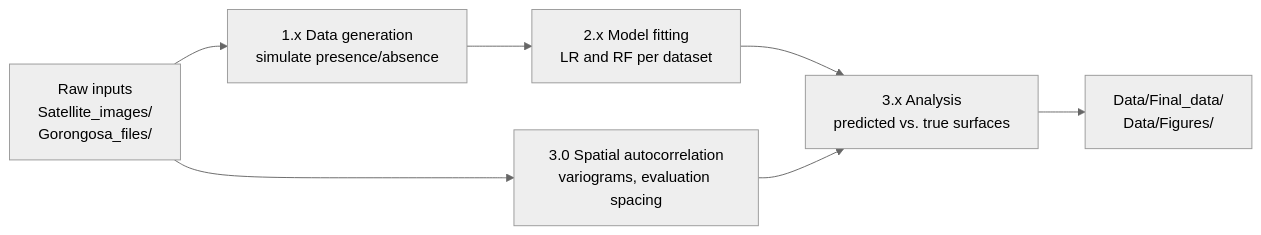
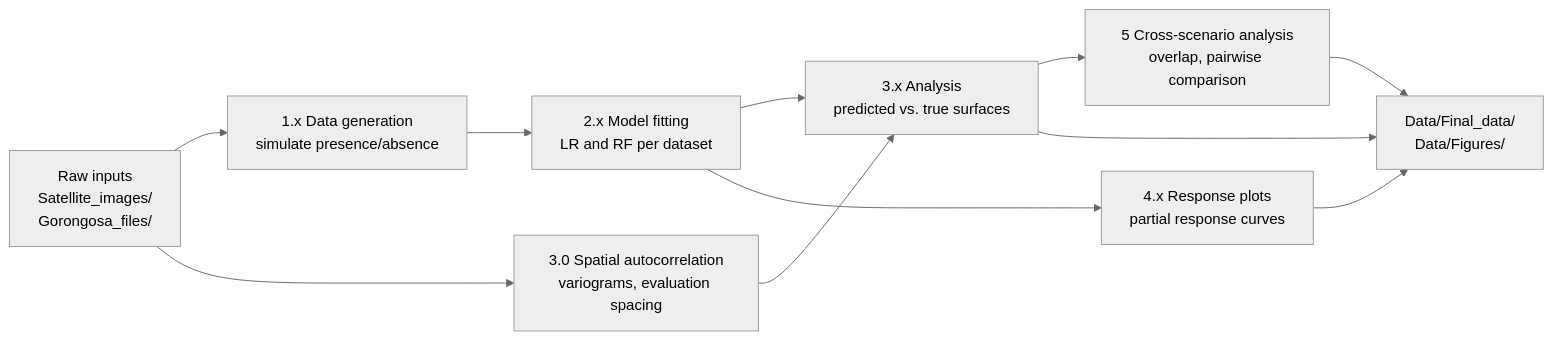
The diagram in README.md (haddonchris/Simulation_study), drawn with Mermaid (neutral theme) before and after one commit. The commit also changed other lines of this file, not shown here.

Commit message:
Update README.md: add author information, enhance script references, and clarify analysis workflow

````diff
--- a/README.md
+++ b/README.md
@@ -45,9 +50,13 @@
 ```mermaid
 flowchart LR
     A["Raw inputs<br/>Satellite_images/<br/>Gorongosa_files/"] --> B["1.x Data generation<br/>simulate presence/absence"]
     B --> C["2.x Model fitting<br/>LR and RF per dataset"]
     C --> D["3.x Analysis<br/>predicted vs. true surfaces"]
     A --> E["3.0 Spatial autocorrelation<br/>variograms, evaluation spacing"]
     E --> D
+    C --> G["4.x Response plots<br/>partial response curves"]
+    D --> H["5 Cross-scenario analysis<br/>overlap, pairwise comparison"]
     D --> F["Data/Final_data/<br/>Data/Figures/"]
+    G --> F
+    H --> F
 ```
````
